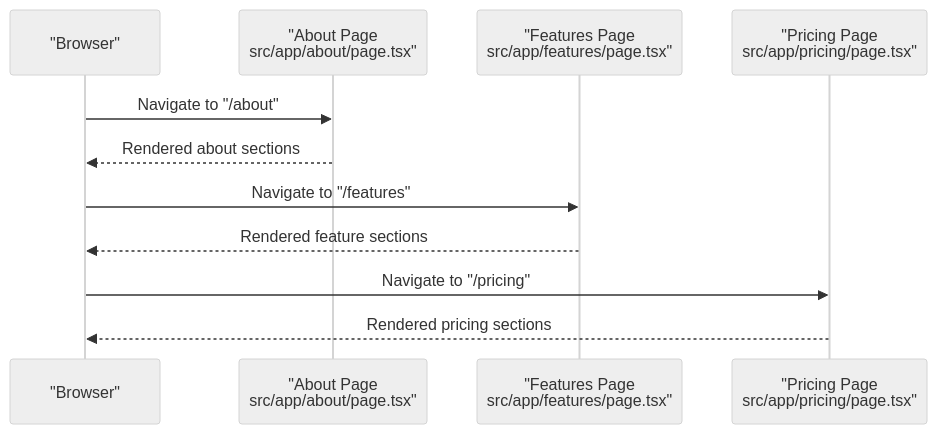
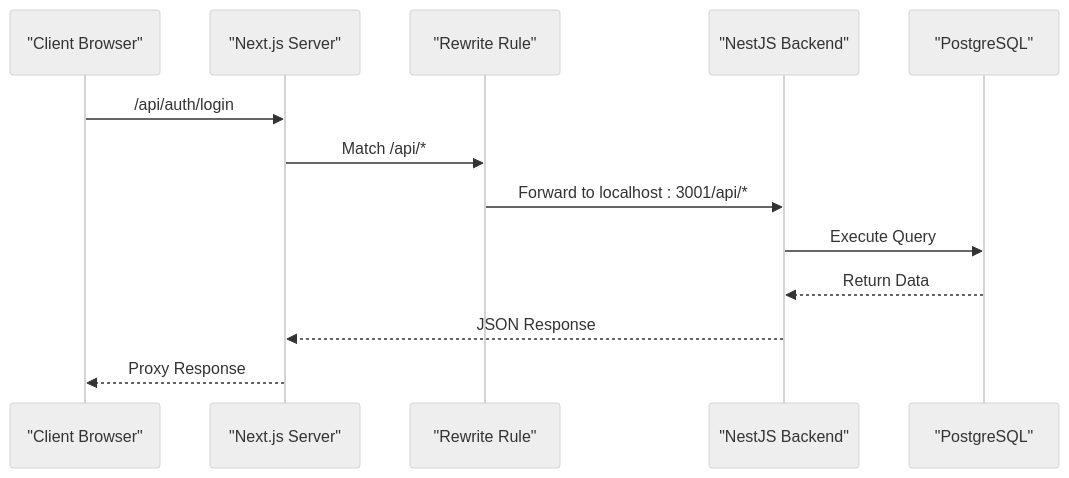
One commit to Hoshino-wind/ai-interview-platform changed the fifth of 9 diagrams in .qoder/repowiki/en/content/Architecture Overview.md. Above: the diagram before and after it, drawn with Mermaid (neutral theme). The commit also changed other lines of this file and 5 other files, not shown here.

````diff
--- a/.qoder/repowiki/en/content/Architecture Overview.md
+++ b/.qoder/repowiki/en/content/Architecture Overview.md
@@ -315,13 +229,15 @@
 ```mermaid
 sequenceDiagram
-participant Browser as "Browser"
-participant About as "About Page<br/>src/app/about/page.tsx"
-participant Features as "Features Page<br/>src/app/features/page.tsx"
-participant Pricing as "Pricing Page<br/>src/app/pricing/page.tsx"
-Browser->>About : Navigate to "/about"
-About-->>Browser : Rendered about sections
-Browser->>Features : Navigate to "/features"
-Features-->>Browser : Rendered feature sections
-Browser->>Pricing : Navigate to "/pricing"
-Pricing-->>Browser : Rendered pricing sections
+participant Client as "Client Browser"
+participant Next as "Next.js Server"
+participant Rewrite as "Rewrite Rule"
+participant Backend as "NestJS Backend"
+participant DB as "PostgreSQL"
+Client->>Next : /api/auth/login
+Next->>Rewrite : Match /api/*
+Rewrite->>Backend : Forward to localhost : 3001/api/*
+Backend->>DB : Execute Query
+DB-->>Backend : Return Data
+Backend-->>Next : JSON Response
+Next-->>Client : Proxy Response
 ```
````
